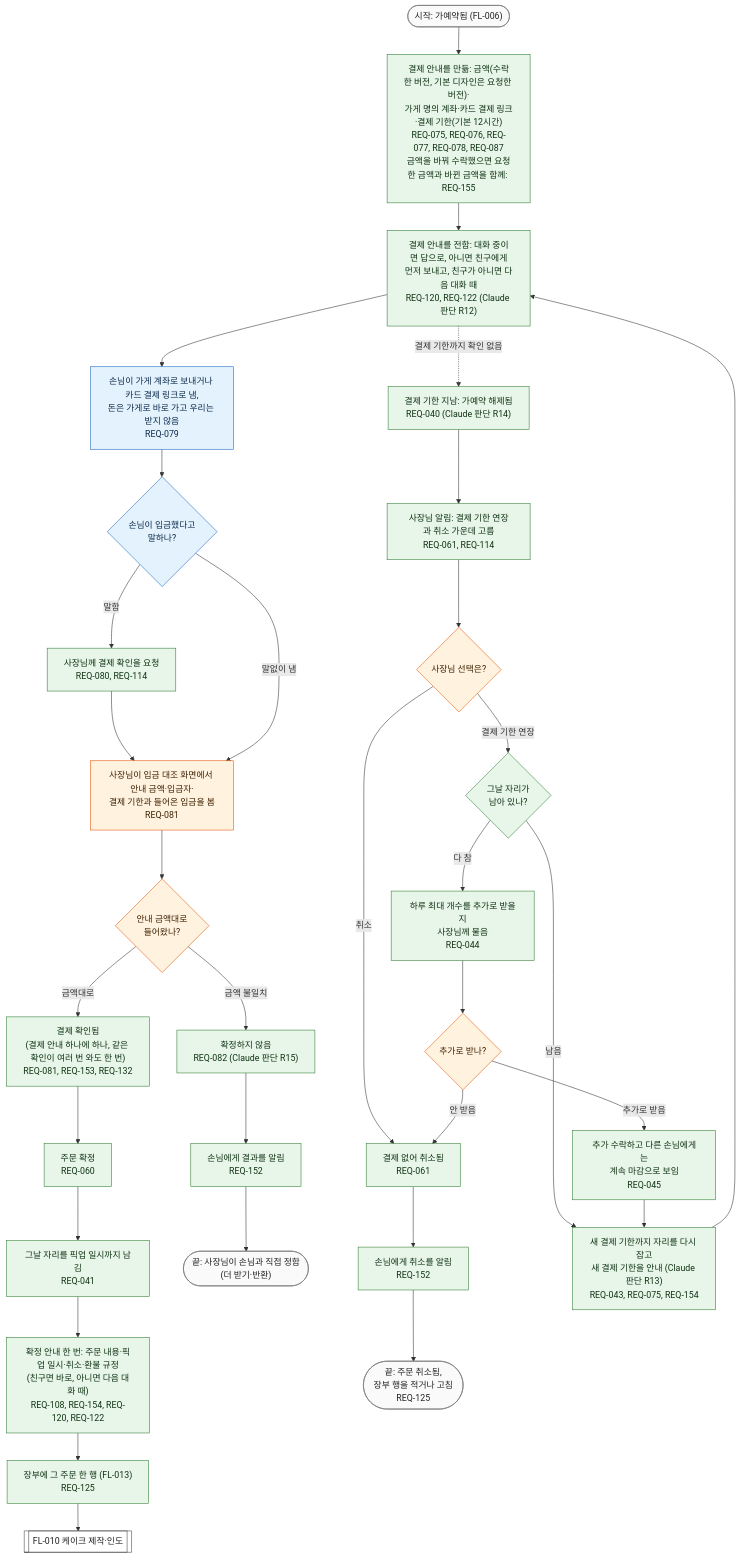
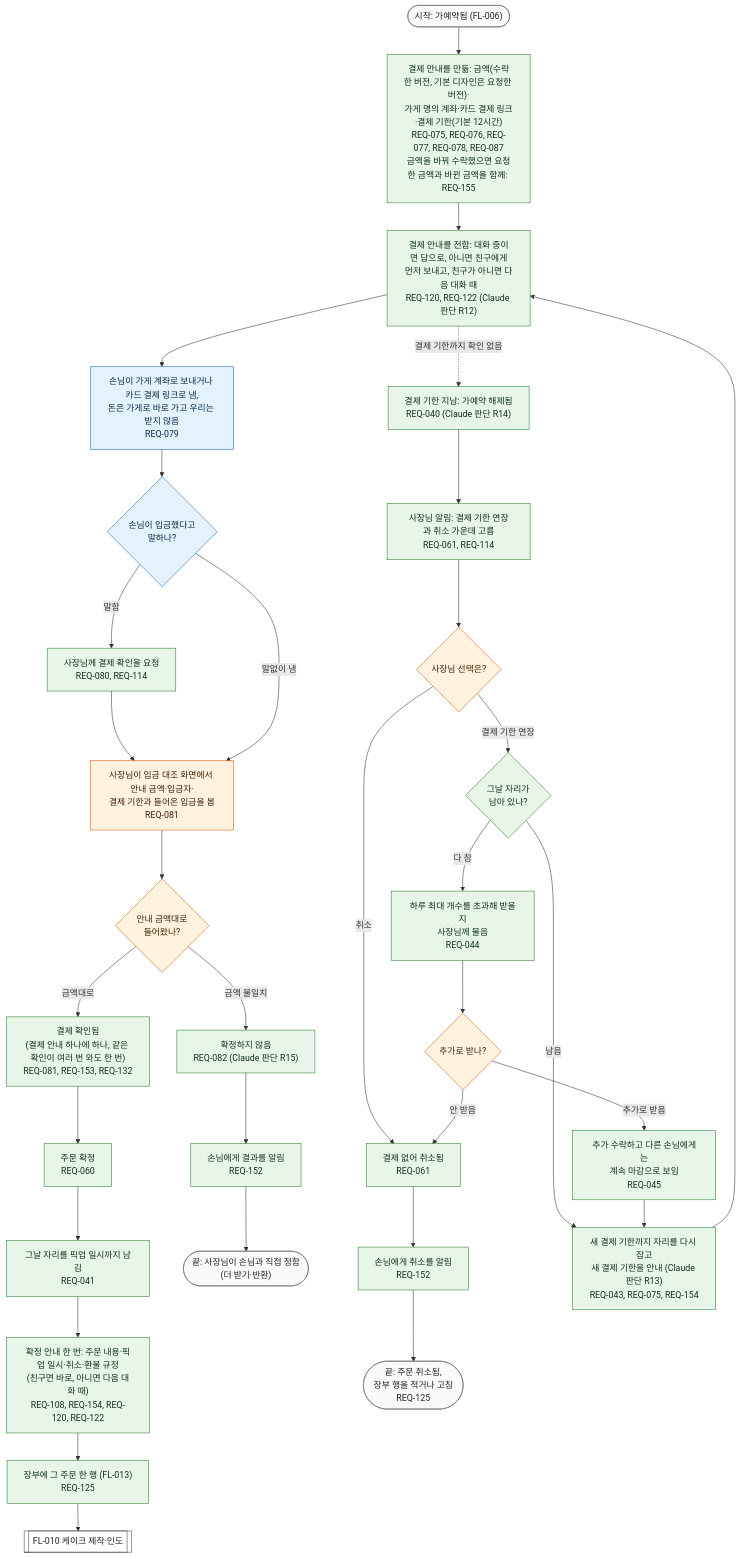
The diagram in docs/03-user-flow/FL-007-pay-and-confirm.md (kodonghui/siljang.ai), drawn with Mermaid before and after one commit. The commit also changed other lines of this file and 13 other files, not shown here.

````diff
--- a/docs/03-user-flow/FL-007-pay-and-confirm.md
+++ b/docs/03-user-flow/FL-007-pay-and-confirm.md
@@ -18,57 +18,57 @@
 ```mermaid
 flowchart TD
   S(["시작: 가예약됨 (FL-006)"])
   P1["결제 안내를 만듦: 금액(수락한 버전, 기본 디자인은 요청한 버전)·<br/>가게 명의 계좌·카드 결제 링크·결제 기한(기본 12시간)<br/>REQ-075, REQ-076, REQ-077, REQ-078, REQ-087<br/>금액을 바꿔 수락했으면 요청한 금액과 바뀐 금액을 함께: REQ-155"]
   P2["결제 안내를 전함: 대화 중이면 답으로, 아니면 친구에게<br/>먼저 보내고, 친구가 아니면 다음 대화 때<br/>REQ-120, REQ-122 (Claude 판단 R12)"]
   P3["손님이 가게 계좌로 보내거나 카드 결제 링크로 냄,<br/>돈은 가게로 바로 가고 우리는 받지 않음<br/>REQ-079"]
   D1{"손님이 입금했다고<br/>말하나?"}
   P4["사장님께 결제 확인을 요청<br/>REQ-080, REQ-114"]
   P5["사장님이 입금 대조 화면에서 안내 금액·입금자·<br/>결제 기한과 들어온 입금을 봄<br/>REQ-081"]
   D2{"안내 금액대로<br/>들어왔나?"}
   P6["결제 확인됨<br/>(결제 안내 하나에 하나, 같은 확인이 여러 번 와도 한 번)<br/>REQ-081, REQ-153, REQ-132"]
   P7["주문 확정<br/>REQ-060"]
   P8["그날 자리를 픽업 일시까지 남김<br/>REQ-041"]
   P9["확정 안내 한 번: 주문 내용·픽업 일시·취소·환불 규정<br/>(친구면 바로, 아니면 다음 대화 때)<br/>REQ-108, REQ-154, REQ-120, REQ-122"]
   P10["장부에 그 주문 한 행 (FL-013)<br/>REQ-125"]
   F10[["FL-010 케이크 제작·인도"]]
   P11["확정하지 않음<br/>REQ-082 (Claude 판단 R15)"]
   G2a["손님에게 결과를 알림<br/>REQ-152"]
   E1(["끝: 사장님이 손님과 직접 정함<br/>(더 받기·반환)"])
   T1["결제 기한 지남: 가예약 해제됨<br/>REQ-040 (Claude 판단 R14)"]
   T2["사장님 알림: 결제 기한 연장과 취소 가운데 고름<br/>REQ-061, REQ-114"]
   D3{"사장님 선택은?"}
   T3["결제 없어 취소됨<br/>REQ-061"]
   G2b["손님에게 취소를 알림<br/>REQ-152"]
   E2(["끝: 주문 취소됨,<br/>장부 행을 적거나 고침<br/>REQ-125"])
   D4{"그날 자리가<br/>남아 있나?"}
   T4["새 결제 기한까지 자리를 다시 잡고<br/>새 결제 기한을 안내 (Claude 판단 R13)<br/>REQ-043, REQ-075, REQ-154"]
-  T5["하루 최대 개수를 추가로 받을지<br/>사장님께 물음<br/>REQ-044"]
+  T5["하루 최대 개수를 초과해 받을지<br/>사장님께 물음<br/>REQ-044"]
   D5{"추가로 받나?"}
   T6["추가 수락하고 다른 손님에게는<br/>계속 마감으로 보임<br/>REQ-045"]
 
   S --> P1 --> P2 --> P3 --> D1
   D1 -->|"말함"| P4 --> P5
   D1 -->|"말없이 냄"| P5
   P5 --> D2
   D2 -->|"금액대로"| P6 --> P7 --> P8 --> P9 --> P10 --> F10
   D2 -->|"금액 불일치"| P11 --> G2a --> E1
   P2 -.->|"결제 기한까지 확인 없음"| T1 --> T2 --> D3
   D3 -->|"취소"| T3 --> G2b --> E2
   D3 -->|"결제 기한 연장"| D4
   D4 -->|"남음"| T4 --> P2
   D4 -->|"다 참"| T5 --> D5
   D5 -->|"추가로 받음"| T6 --> T4
   D5 -->|"안 받음"| T3
 
   classDef cust fill:#e3f2fd,stroke:#1565c0,color:#0d2a4a
   classDef owner fill:#fff3e0,stroke:#e65100,color:#3e2000
   classDef svc fill:#e8f5e9,stroke:#2e7d32,color:#0f3313
   classDef gap fill:#fffde7,stroke:#f9a825,stroke-dasharray:5 5,color:#4a3b00
   classDef flow fill:#ffffff,stroke:#424242,color:#212121
   classDef term fill:#fafafa,stroke:#757575,color:#212121
   class P3,D1 cust
   class P5,D2,D3,D5 owner
   class P1,P2,P4,P6,P7,P8,P9,P10,P11,T1,T2,T3,D4,T4,T5,T6,G2a,G2b svc
   class F10 flow
   class S,E1,E2 term
 ```
````
